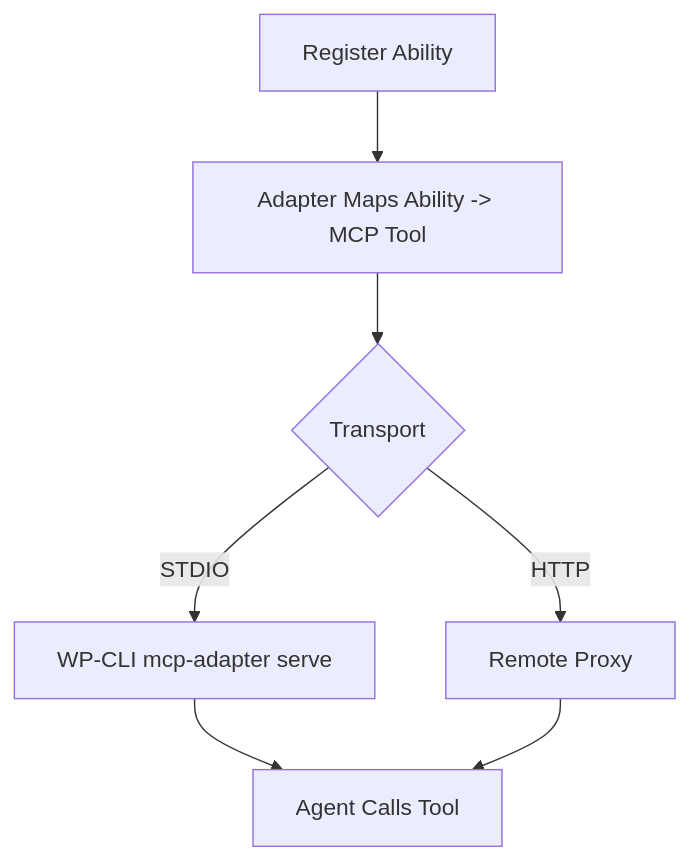
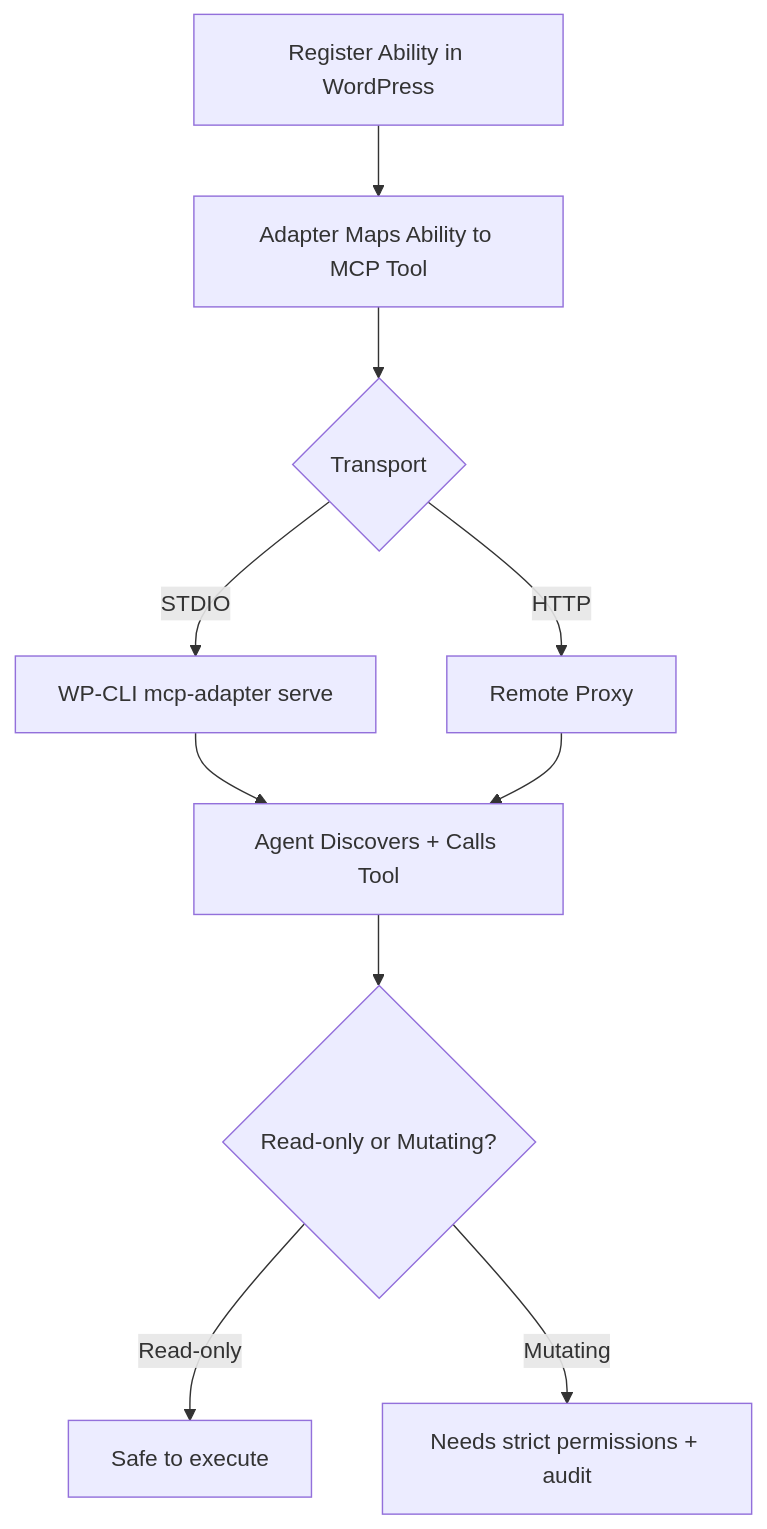
One commit to victorstack-ai/agent-blog changed the diagram in blog/2026-02-06-0715-devlog.md. Above: the diagram before and after it, drawn with Mermaid. The commit also changed other lines of this file and 117 other files, not shown here.

````diff
--- a/blog/2026-02-06-0715-devlog.md
+++ b/blog/2026-02-06-0715-devlog.md
@@ -22,9 +37,12 @@
 ```mermaid
-graph TD;
-  A[Register Ability] --> B[Adapter Maps Ability -> MCP Tool]
+flowchart TD
+  A[Register Ability in WordPress] --> B[Adapter Maps Ability to MCP Tool]
   B --> C{Transport}
   C -- STDIO --> D[WP-CLI mcp-adapter serve]
   C -- HTTP --> E[Remote Proxy]
-  D --> F[Agent Calls Tool]
+  D --> F[Agent Discovers + Calls Tool]
   E --> F
+  F --> G{Read-only or Mutating?}
+  G -->|Read-only| H[Safe to execute]
+  G -->|Mutating| I[Needs strict permissions + audit]
 ```
````
